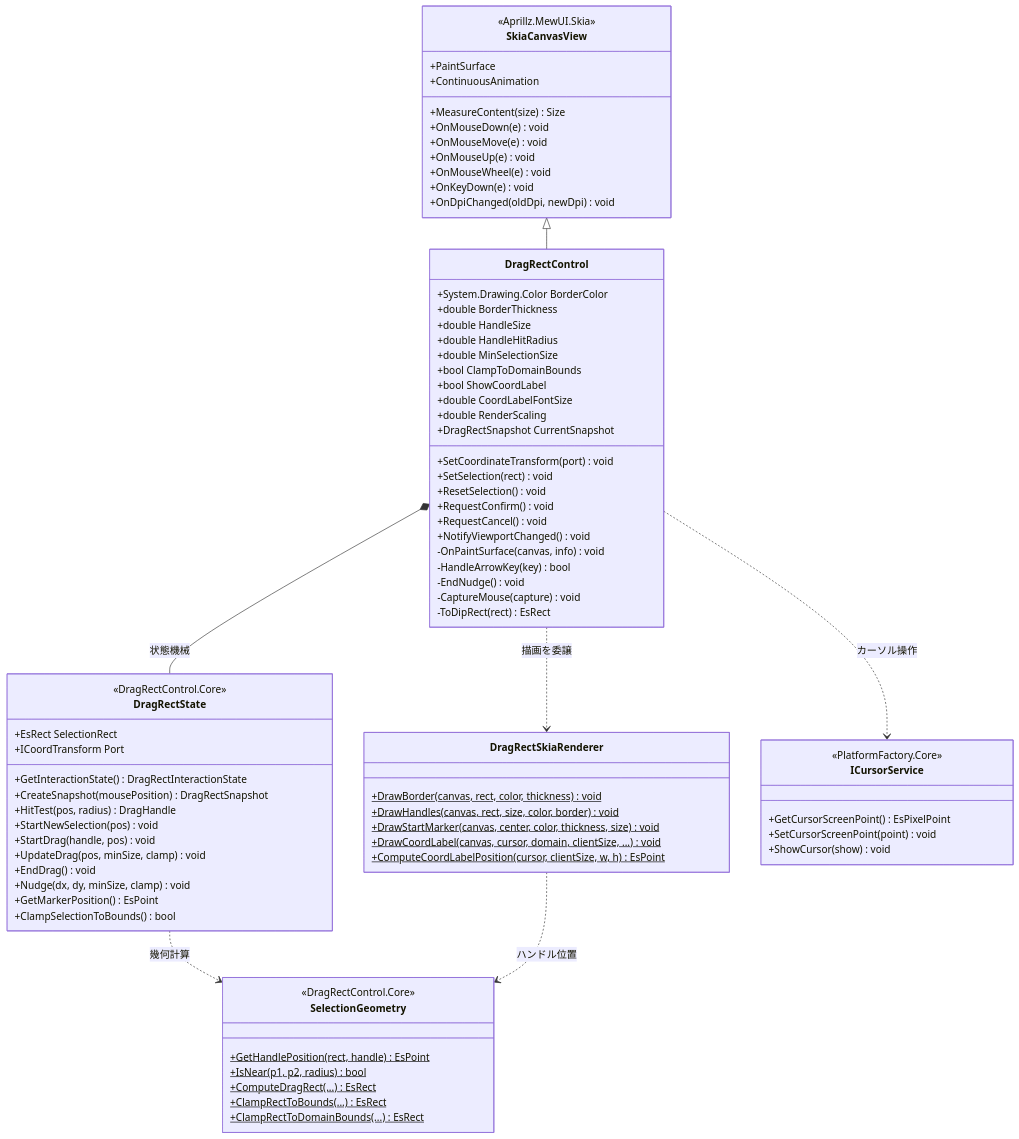
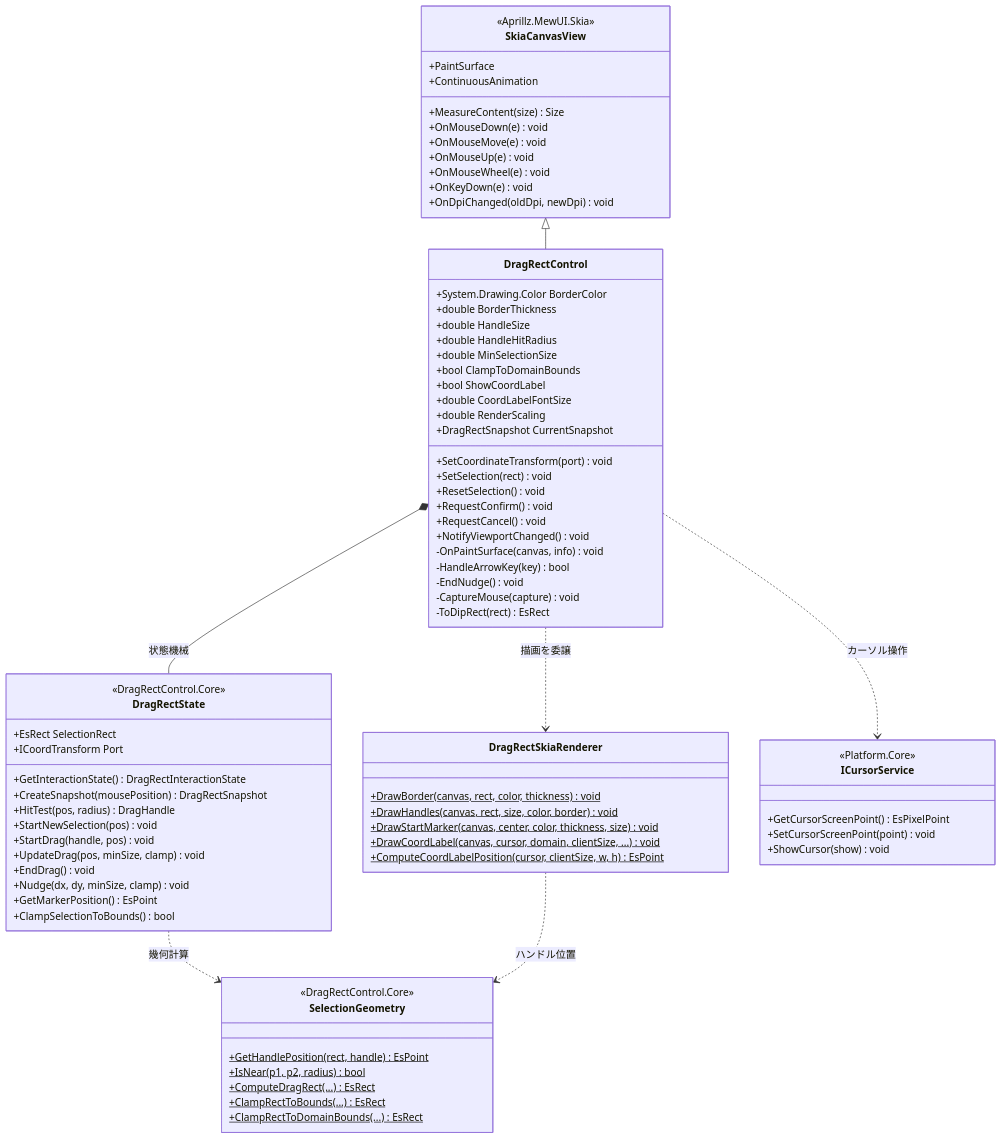
The first of 4 diagrams in src/DragRectControl.MewUI/SPEC_System.md (tomokuni/SaveEvidence), drawn with Mermaid before and after one commit. The commit also changed other lines of this file and 504 other files, not shown here.

````diff
--- a/src/DragRectControl.MewUI/SPEC_System.md
+++ b/src/DragRectControl.MewUI/SPEC_System.md
@@ -94,81 +94,81 @@
 ```mermaid
 classDiagram
     class SkiaCanvasView {
         <<Aprillz.MewUI.Skia>>
         +PaintSurface
         +ContinuousAnimation
         +MeasureContent(size) Size
         +OnMouseDown(e) void
         +OnMouseMove(e) void
         +OnMouseUp(e) void
         +OnMouseWheel(e) void
         +OnKeyDown(e) void
         +OnDpiChanged(oldDpi, newDpi) void
     }
     class DragRectControl {
         +System.Drawing.Color BorderColor
         +double BorderThickness
         +double HandleSize
         +double HandleHitRadius
         +double MinSelectionSize
         +bool ClampToDomainBounds
         +bool ShowCoordLabel
         +double CoordLabelFontSize
         +double RenderScaling
         +DragRectSnapshot CurrentSnapshot
         +SetCoordinateTransform(port) void
         +SetSelection(rect) void
         +ResetSelection() void
         +RequestConfirm() void
         +RequestCancel() void
         +NotifyViewportChanged() void
         -OnPaintSurface(canvas, info) void
         -HandleArrowKey(key) bool
         -EndNudge() void
         -CaptureMouse(capture) void
         -ToDipRect(rect) EsRect
     }
     class DragRectSkiaRenderer {
         +DrawBorder(canvas, rect, color, thickness)$ void
         +DrawHandles(canvas, rect, size, color, border)$ void
         +DrawStartMarker(canvas, center, color, thickness, size)$ void
         +DrawCoordLabel(canvas, cursor, domain, clientSize, ...)$ void
         +ComputeCoordLabelPosition(cursor, clientSize, w, h)$ EsPoint
     }
     class DragRectState {
         <<DragRectControl.Core>>
         +EsRect SelectionRect
         +ICoordTransform Port
         +GetInteractionState() DragRectInteractionState
         +CreateSnapshot(mousePosition) DragRectSnapshot
         +HitTest(pos, radius) DragHandle
         +StartNewSelection(pos) void
         +StartDrag(handle, pos) void
         +UpdateDrag(pos, minSize, clamp) void
         +EndDrag() void
         +Nudge(dx, dy, minSize, clamp) void
         +GetMarkerPosition() EsPoint
         +ClampSelectionToBounds() bool
     }
     class SelectionGeometry {
         <<DragRectControl.Core>>
         +GetHandlePosition(rect, handle)$ EsPoint
         +IsNear(p1, p2, radius)$ bool
         +ComputeDragRect(...)$ EsRect
         +ClampRectToBounds(...)$ EsRect
         +ClampRectToDomainBounds(...)$ EsRect
     }
     class ICursorService {
-        <<PlatformFactory.Core>>
+        <<Platform.Core>>
         +GetCursorScreenPoint() EsPixelPoint
         +SetCursorScreenPoint(point) void
         +ShowCursor(show) void
     }
 
     SkiaCanvasView <|-- DragRectControl
     DragRectControl *-- DragRectState : 状態機械
     DragRectControl ..> DragRectSkiaRenderer : 描画を委譲
     DragRectControl ..> ICursorService : カーソル操作
     DragRectState ..> SelectionGeometry : 幾何計算
     DragRectSkiaRenderer ..> SelectionGeometry : ハンドル位置
 ```
````
